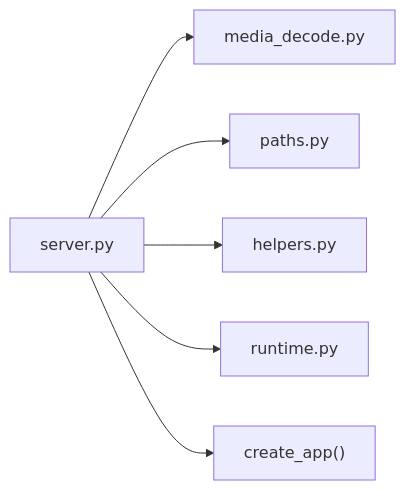
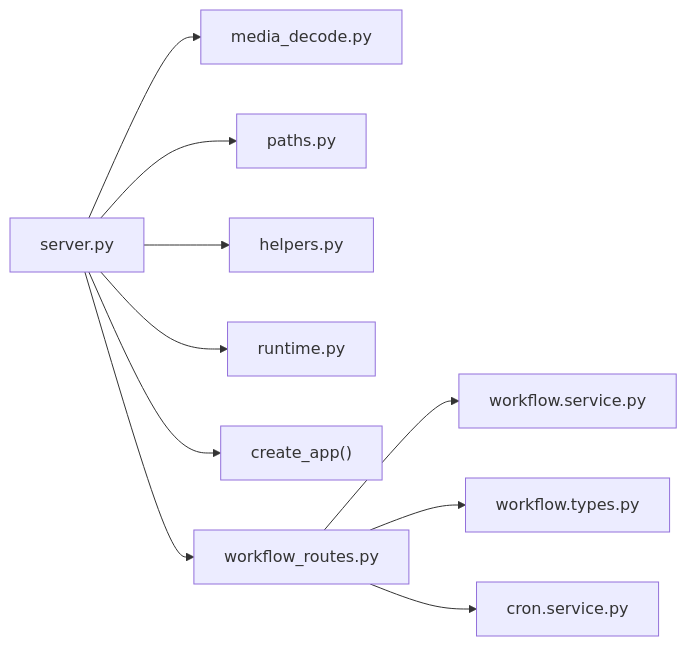
One commit to gongzeq/VAPT3 changed the third of 3 diagrams in .qoder/repowiki/zh/content/API服务设计/REST API端点.md. Above: the diagram before and after it, drawn with Mermaid. The commit also changed other lines of this file and 33 other files, not shown here.

````diff
--- a/.qoder/repowiki/zh/content/API服务设计/REST API端点.md
+++ b/.qoder/repowiki/zh/content/API服务设计/REST API端点.md
@@ -260,8 +373,12 @@
 ```mermaid
 graph LR
 Srv["server.py"] --> Med["media_decode.py"]
 Srv --> Paths["paths.py"]
 Srv --> Help["helpers.py"]
 Srv --> Rt["runtime.py"]
 Srv --> App["create_app()"]
+Srv --> WFR["workflow_routes.py"]
+WFR --> WSvc["workflow.service.py"]
+WFR --> WTypes["workflow.types.py"]
+WFR --> Cron["cron.service.py"]
 ```
````
